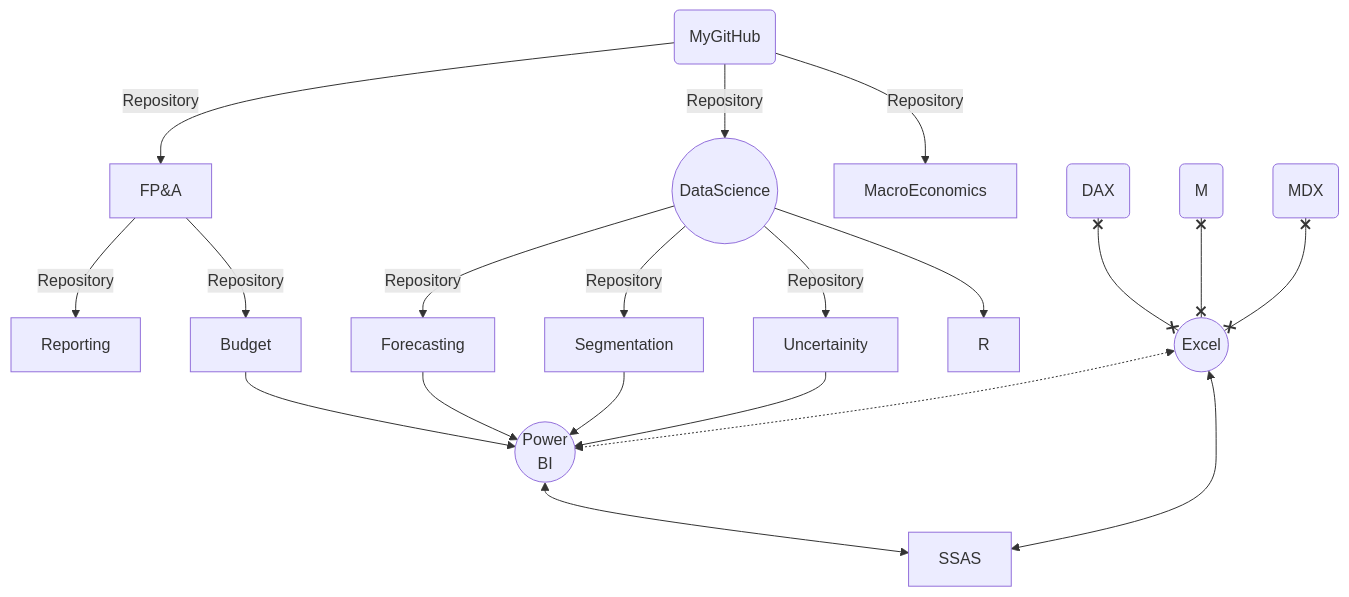
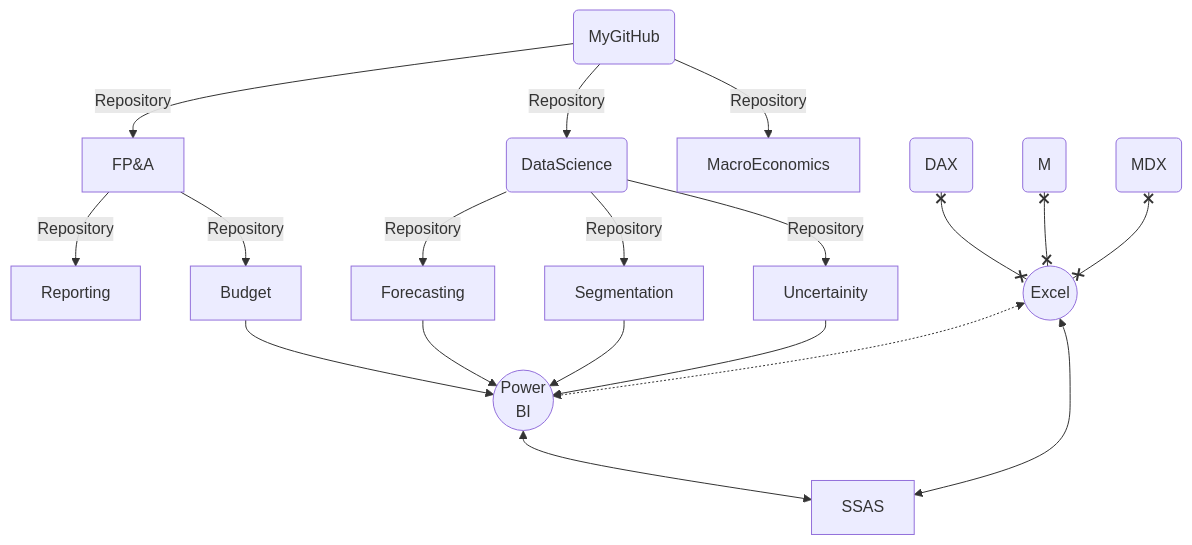
The diagram in README.md (md3629/md3629), drawn with Mermaid before and after one commit.

````diff
--- a/README.md
+++ b/README.md
@@ -4,24 +4,23 @@
 ```mermaid
 graph TD;
     my(MyGitHub)-->|Repository|FP&A;
     FP&A-->|Repository|Reporting;
     FP&A-->|Repository|Budget;
     
     my(MyGitHub)-->|Repository|a((DataScience));
     
     my(MyGitHub)-->|Repository|MacroEconomics;
     a(DataScience)--Repository-->Forecasting;
     a(DataScience)--Repository-->Segmentation;
     a(DataScience)--Repository-->Uncertainity;
     Uncertainity-->P((Power<br>BI));
     Forecasting-->P((Power<br>BI));
     Segmentation-->P((Power<br>BI));
     Budget-->P((Power<br>BI));
     D(DAX)x--xE((Excel));
     M(M)x--xE((Excel));
     E((Excel))<-.->P((Power<br>BI));
     A(MDX)x--xE((Excel));
     E((Excel))<-->SSAS;
     P((Power<br>BI))<-->SSAS;
-    a((DataScience))-->R;
 ```
````
